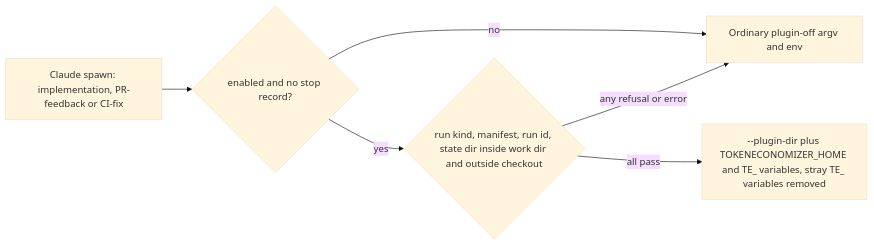
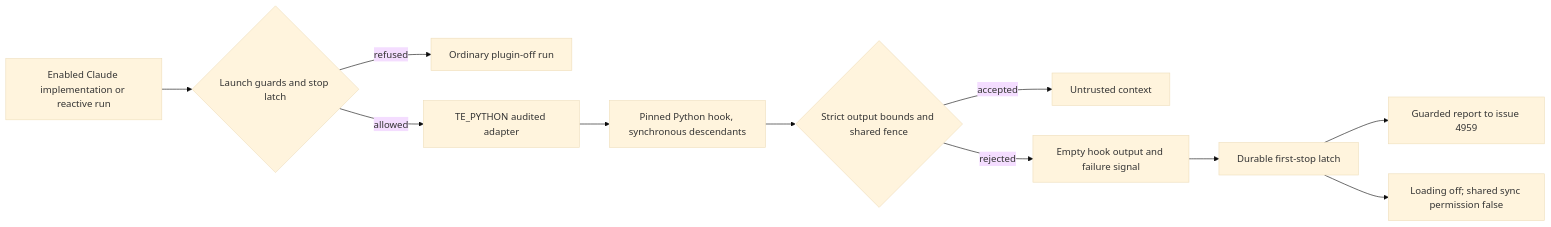
Before and after one commit to stSoftwareAU/VibeCoder: the diagram in docs/archive/pr-summaries/pr-summary-4956.md, drawn with Mermaid (base theme). The commit also changed other lines of this file, not shown here.

````diff
--- a/docs/archive/pr-summaries/pr-summary-4956.md
+++ b/docs/archive/pr-summaries/pr-summary-4956.md
@@ -14,8 +68,13 @@
 ```mermaid
 flowchart LR
-    S[Claude spawn: implementation, PR-feedback or CI-fix] --> E{enabled and no stop record?}
-    E -- no --> O[Ordinary plugin-off argv and env]
-    E -- yes --> C{run kind, manifest, run id, state dir inside work dir and outside checkout}
-    C -- any refusal or error --> O
-    C -- all pass --> L[--plugin-dir plus TOKENECONOMIZER_HOME and TE_ variables, stray TE_ variables removed]
+    C[Enabled Claude implementation or reactive run] --> G{Launch guards and stop latch}
+    G -- refused --> O[Ordinary plugin-off run]
+    G -- allowed --> A[TE_PYTHON audited adapter]
+    A --> P[Pinned Python hook, synchronous descendants]
+    P --> V{Strict output bounds and shared fence}
+    V -- accepted --> D[Untrusted context]
+    V -- rejected --> F[Empty hook output and failure signal]
+    F --> L[Durable first-stop latch]
+    L --> R[Guarded report to issue 4959]
+    L --> S[Loading off; shared sync permission false]
 ```
````
